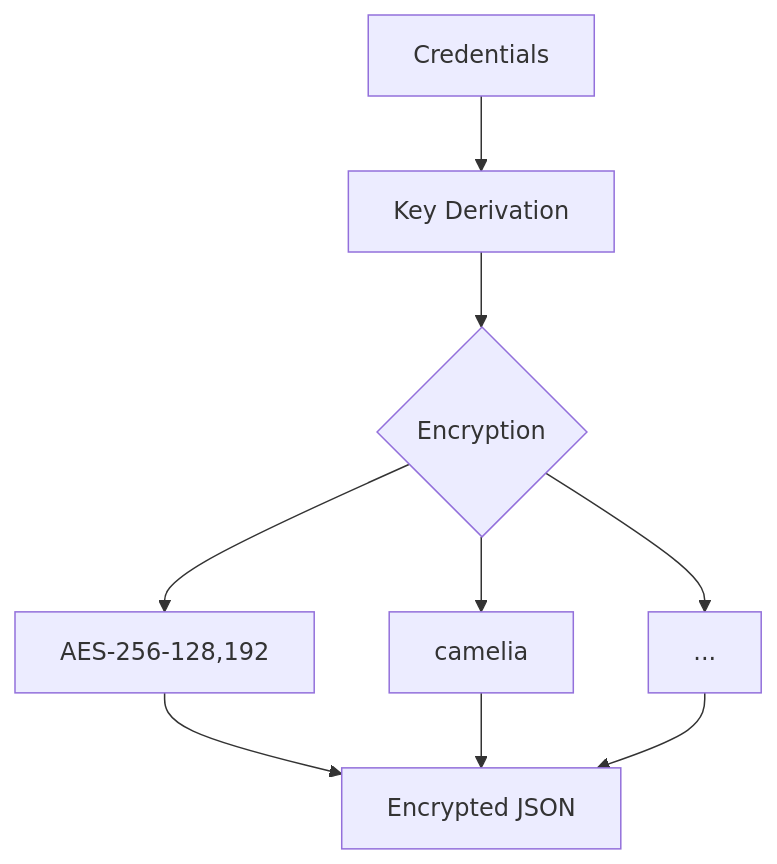
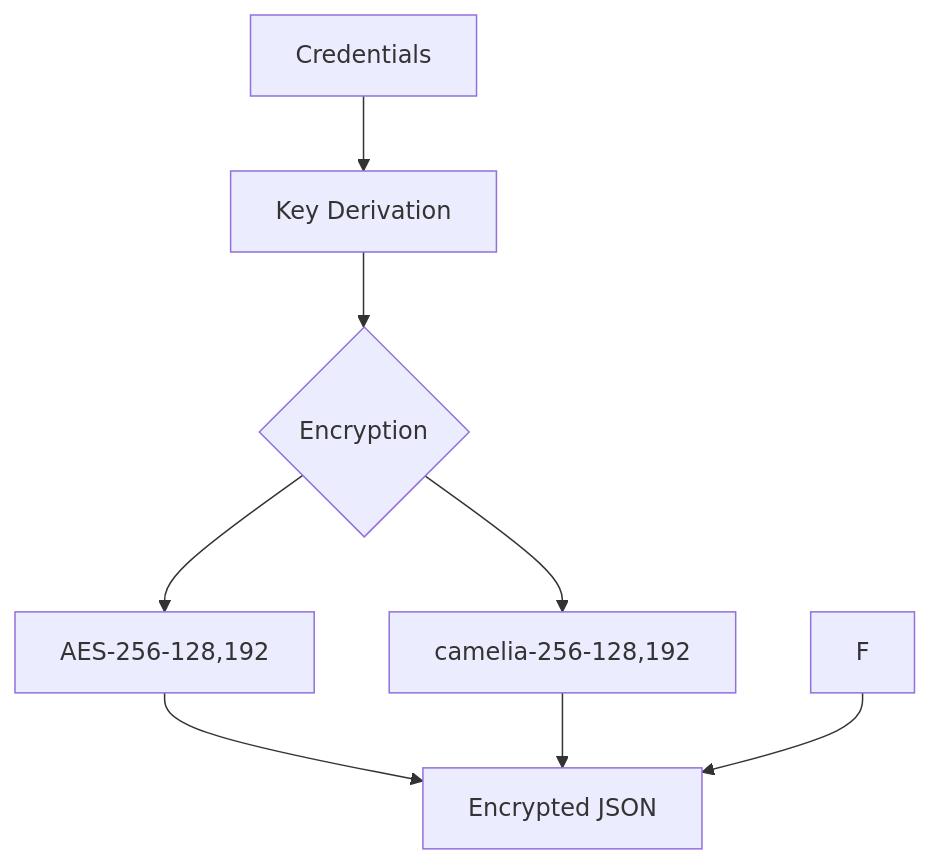
The diagram in README.md (execius/Locker), drawn with Mermaid before and after one commit. The commit also changed other lines of this file, not shown here.

````diff
--- a/README.md
+++ b/README.md
@@ -67,11 +67,10 @@
 ```mermaid
 graph TD
     A[Credentials] --> B[Key Derivation]
     B --> C{Encryption}
     C --> D[AES-256-128,192]
-    C --> E[camelia]
-    C --> F[...]
+    C --> E[camelia-256-128,192]
     D --> G[Encrypted JSON]
     E --> G
     F --> G
 ```
````
